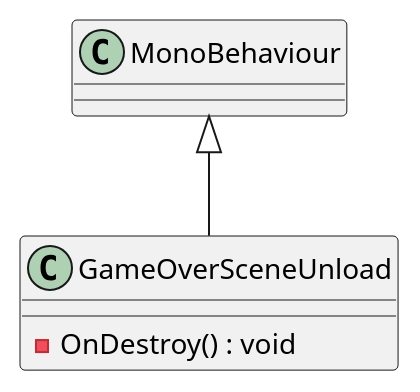
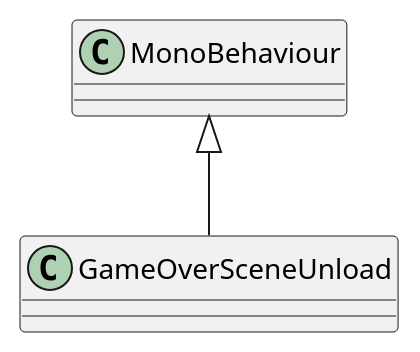
Before and after one commit to MainCastle1212/EverythingEater: the diagram in plantuml/UIs/GameOverSceneUnload.puml, drawn with PlantUML. The commit also changed 24 other files, not shown here.

```diff
--- a/plantuml/UIs/GameOverSceneUnload.puml
+++ b/plantuml/UIs/GameOverSceneUnload.puml
@@ -1,6 +1,5 @@
 @startuml
 class GameOverSceneUnload {
-    - OnDestroy() : void
 }
 MonoBehaviour <|-- GameOverSceneUnload
 @enduml
```
